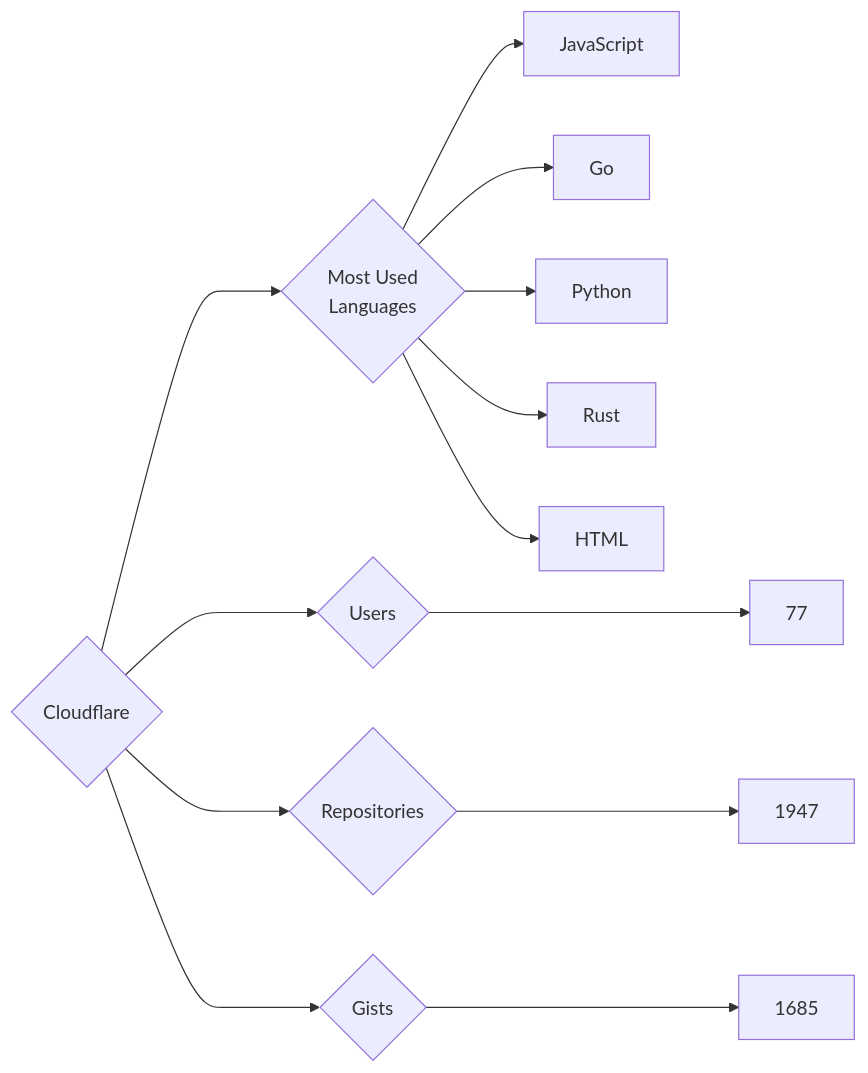
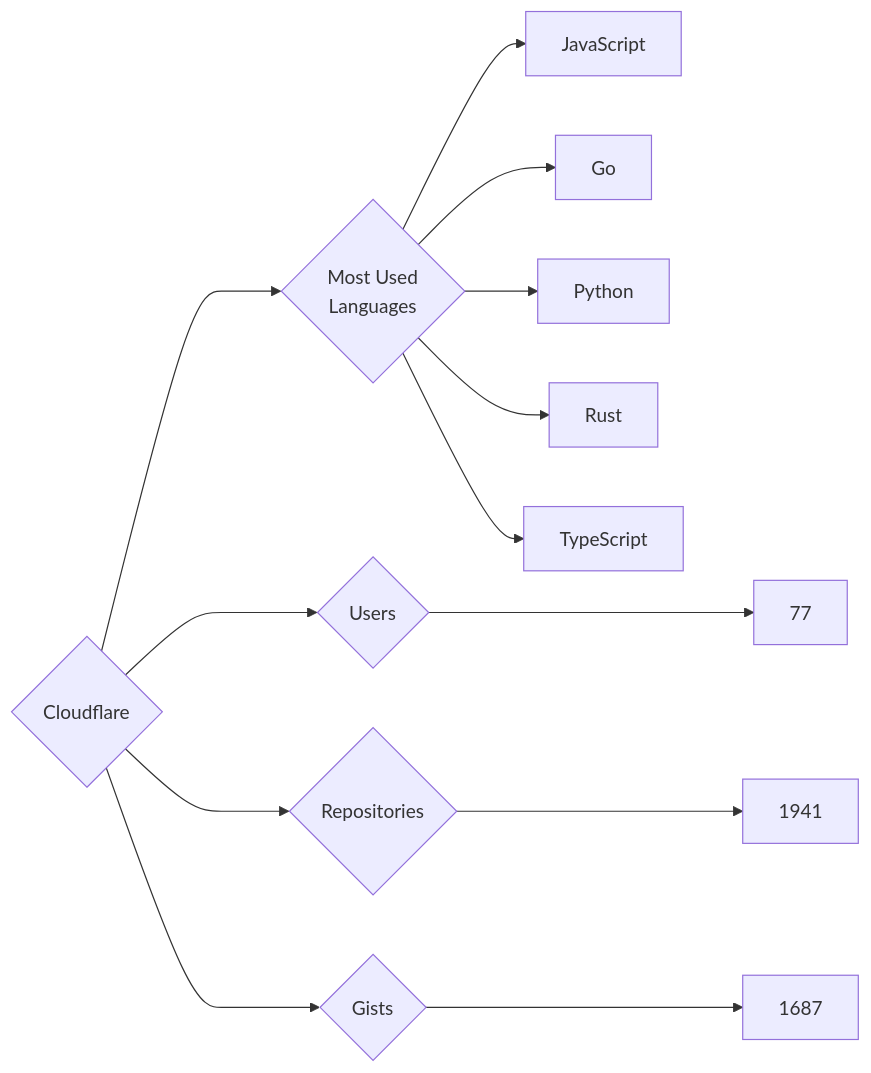
The diagram in targets/Cloudflare/README.md (trickest/insiders), drawn with Mermaid before and after one commit. The commit also changed 1030 other files, not shown here.

````diff
--- a/targets/Cloudflare/README.md
+++ b/targets/Cloudflare/README.md
@@ -3,13 +3,13 @@
 ```mermaid
 graph LR
 COMPANY_NAME{Cloudflare}
 COMPANY_NAME ---> U{Users} ---> UN[77]
-COMPANY_NAME ---> R{Repositories} ---> RN[1947]
-COMPANY_NAME ---> G{Gists} ---> GN[1685]
+COMPANY_NAME ---> R{Repositories} ---> RN[1941]
+COMPANY_NAME ---> G{Gists} ---> GN[1687]
 COMPANY_NAME ---> ML{Most Used<br>Languages}
 ML --> JavaScript[JavaScript]
 ML --> Go[Go]
 ML --> Python[Python]
 ML --> Rust[Rust]
-ML --> HTML[HTML]
+ML --> TypeScript[TypeScript]
 ```
````
